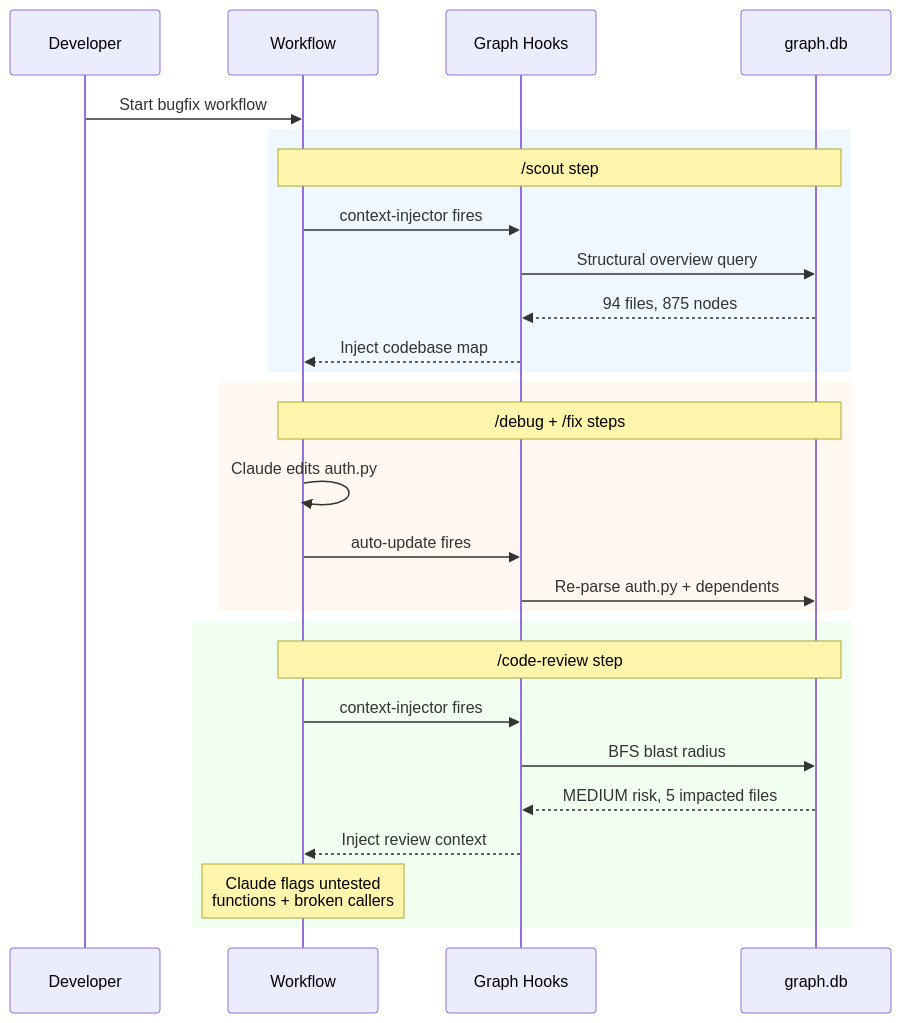
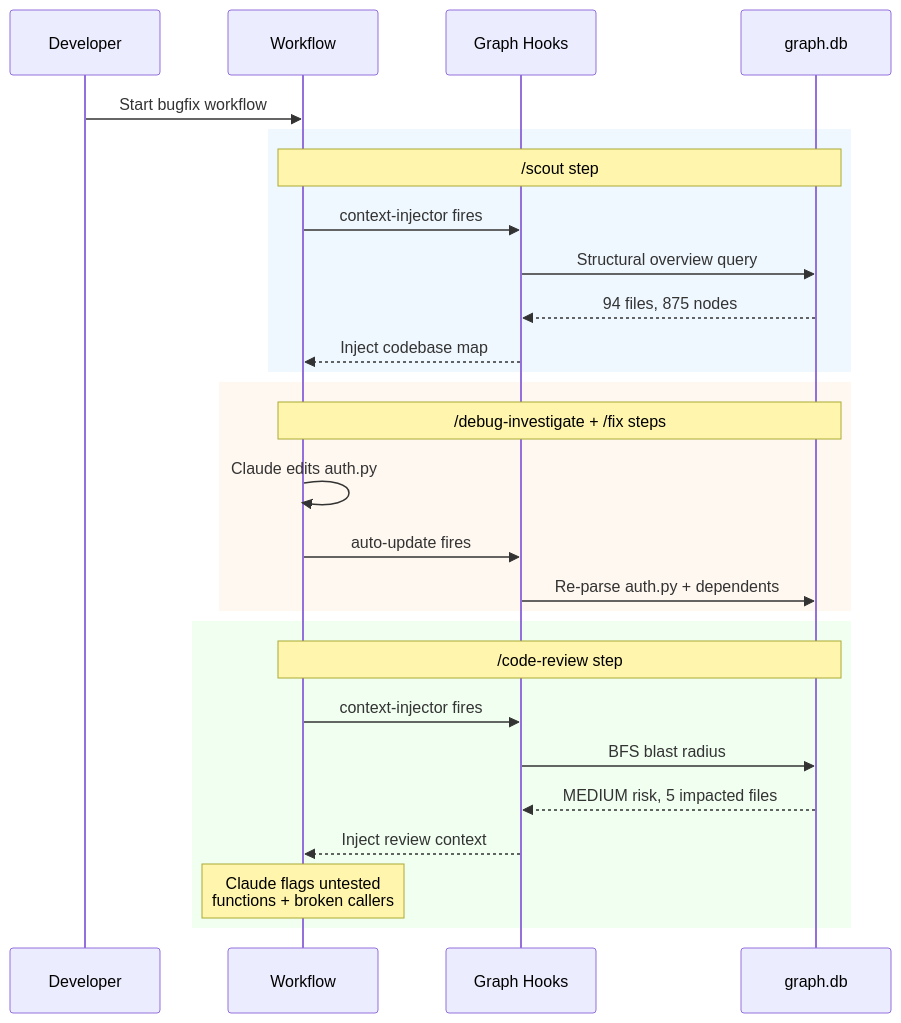
Before and after one commit to duc01226/EasyPlatform: diagram 18 of 20 in .claude/docs/claude-ai-agent-framework-guide.md, drawn with Mermaid. The commit also changed other lines of this file and 45 other files, not shown here.

````diff
--- a/.claude/docs/claude-ai-agent-framework-guide.md
+++ b/.claude/docs/claude-ai-agent-framework-guide.md
@@ -2952,33 +2952,33 @@
 ```mermaid
 sequenceDiagram
     participant Dev as Developer
     participant WF as Workflow
     participant GH as Graph Hooks
     participant DB as graph.db
 
     Dev->>WF: Start bugfix workflow
 
     rect rgb(240, 248, 255)
         Note over WF,DB: /scout step
         WF->>GH: context-injector fires
         GH->>DB: Structural overview query
         DB-->>GH: 94 files, 875 nodes
         GH-->>WF: Inject codebase map
     end
 
     rect rgb(255, 248, 240)
-        Note over WF,DB: /debug + /fix steps
+        Note over WF,DB: /debug-investigate + /fix steps
         WF->>WF: Claude edits auth.py
         WF->>GH: auto-update fires
         GH->>DB: Re-parse auth.py + dependents
     end
 
     rect rgb(240, 255, 240)
         Note over WF,DB: /code-review step
         WF->>GH: context-injector fires
         GH->>DB: BFS blast radius
         DB-->>GH: MEDIUM risk, 5 impacted files
         GH-->>WF: Inject review context
         Note over WF: Claude flags untested<br/>functions + broken callers
     end
 ```
````
